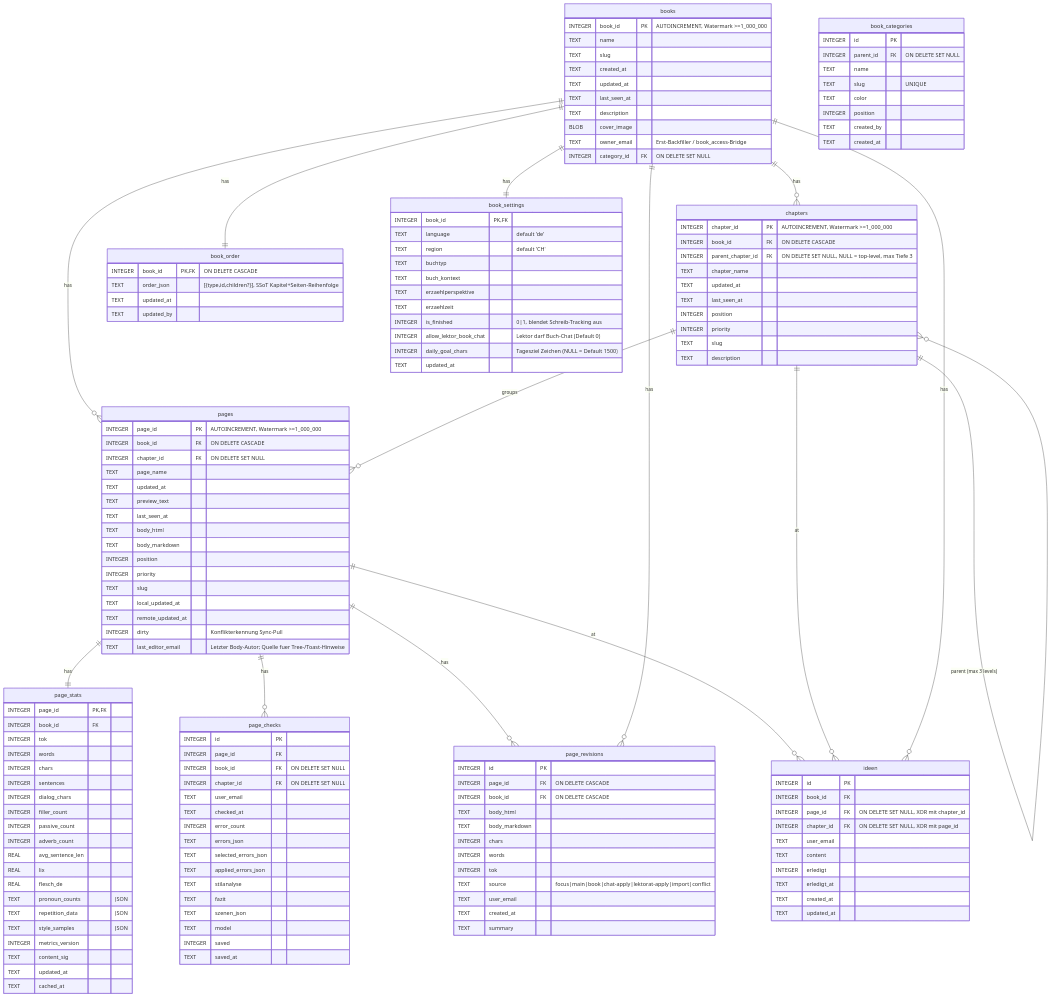
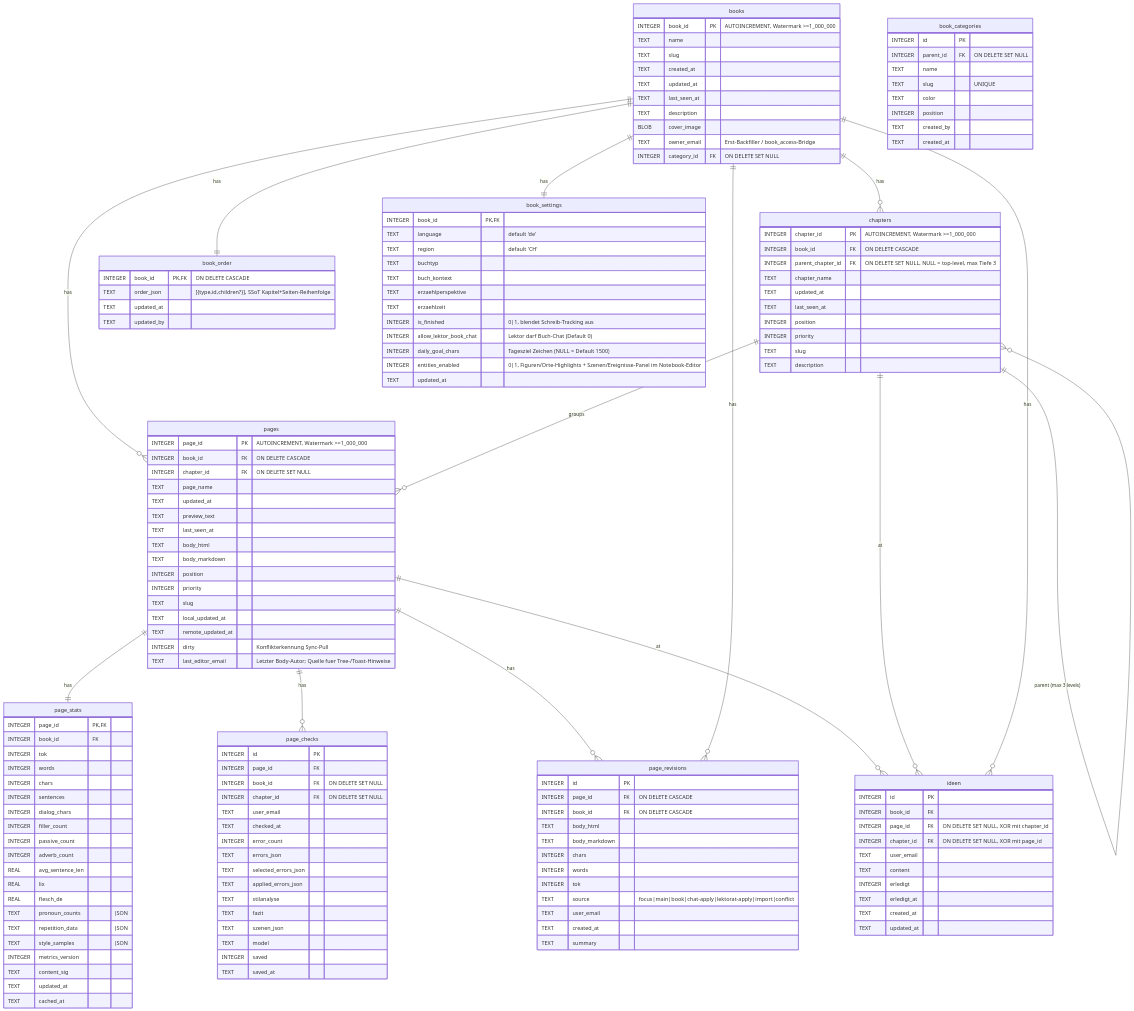
The second of 6 diagrams in docs/erd.md (bedeberger/schreibwerkstatt), drawn with Mermaid before and after one commit. The commit also changed other lines of this file and 40 other files, not shown here.

Commit message:
ereignisse und notebook editor erweitert

```diff
--- a/docs/erd.md
+++ b/docs/erd.md
@@ -296,6 +299,7 @@
     INTEGER is_finished              "0|1, blendet Schreib-Tracking aus"
     INTEGER allow_lektor_book_chat   "Lektor darf Buch-Chat (Default 0)"
     INTEGER daily_goal_chars         "Tagesziel Zeichen (NULL = Default 1500)"
+    INTEGER entities_enabled         "0|1, Figuren/Orte-Highlights + Szenen/Ereignisse-Panel im Notebook-Editor"
     TEXT    updated_at
   }
 
```
